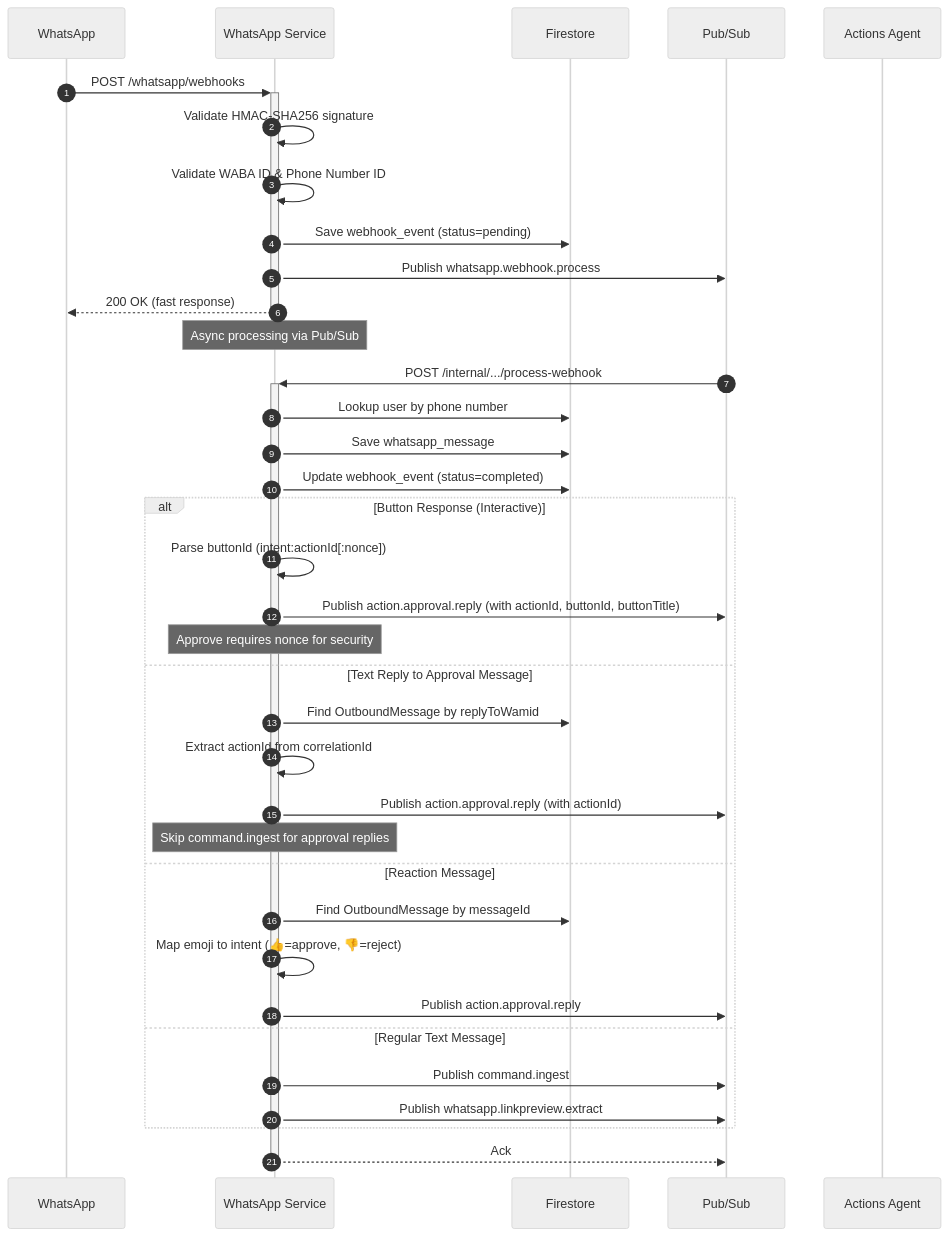
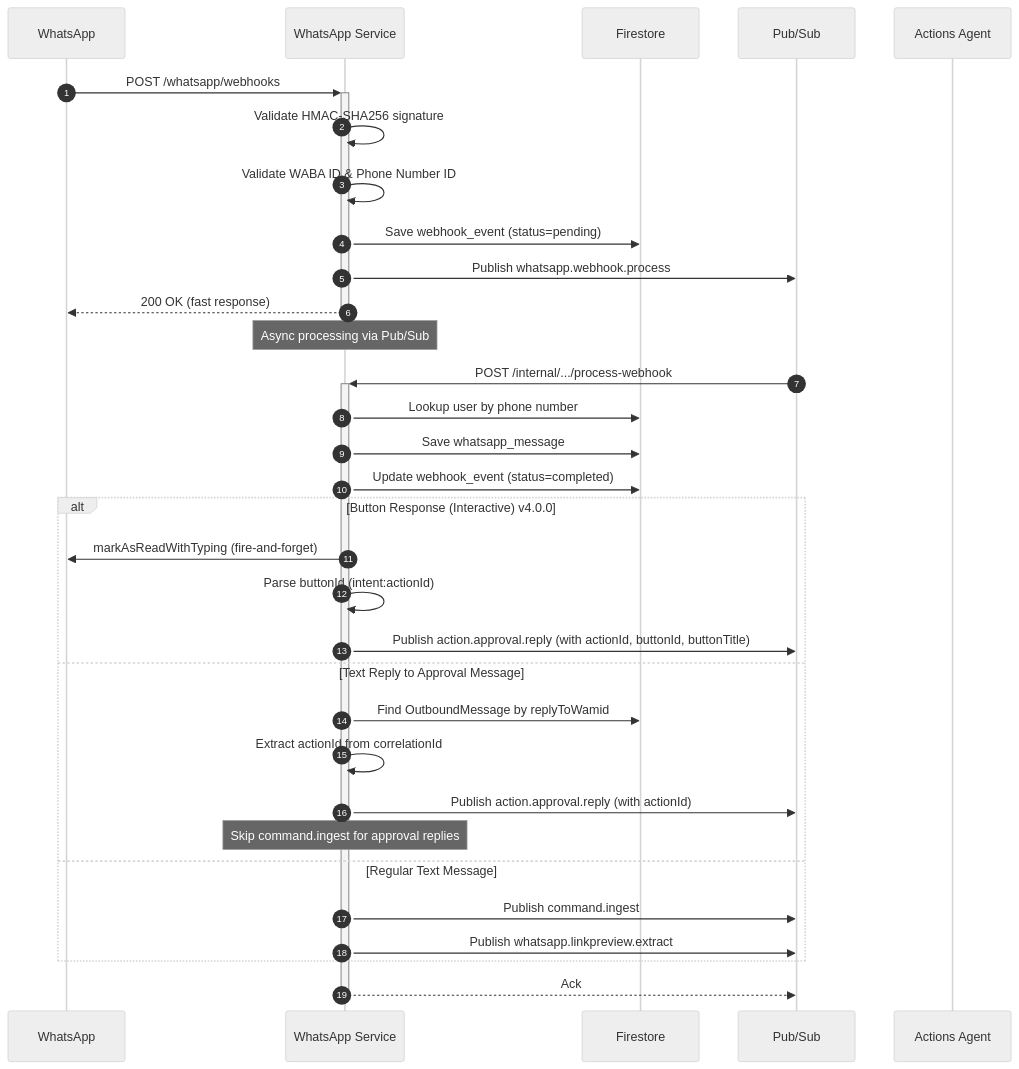
The second of 3 diagrams in docs/services/whatsapp-service/technical.md (pbuchman/intexuraos), drawn with Mermaid (neutral theme) before and after one commit. The commit also changed other lines of this file and 147 other files, not shown here.

````diff
--- a/docs/services/whatsapp-service/technical.md
+++ b/docs/services/whatsapp-service/technical.md
@@ -35,43 +35,39 @@
 ```mermaid
 sequenceDiagram
     autonumber
     participant WA as WhatsApp
     participant WS as WhatsApp Service
     participant FS as Firestore
     participant PS as Pub/Sub
     participant AA as Actions Agent
 
     WA->>+WS: POST /whatsapp/webhooks
     WS->>WS: Validate HMAC-SHA256 signature
     WS->>WS: Validate WABA ID & Phone Number ID
     WS->>FS: Save webhook_event (status=pending)
     WS->>PS: Publish whatsapp.webhook.process
     WS-->>-WA: 200 OK (fast response)
 
     Note over WS: Async processing via Pub/Sub
 
     PS->>+WS: POST /internal/.../process-webhook
     WS->>FS: Lookup user by phone number
     WS->>FS: Save whatsapp_message
     WS->>FS: Update webhook_event (status=completed)
 
-    alt Button Response (Interactive)
-        WS->>WS: Parse buttonId (intent:actionId[:nonce])
+    alt Button Response (Interactive) v4.0.0
+        WS->>WA: markAsReadWithTyping (fire-and-forget)
+        WS->>WS: Parse buttonId (intent:actionId)
         WS->>PS: Publish action.approval.reply (with actionId, buttonId, buttonTitle)
-        Note over WS: Approve requires nonce for security
     else Text Reply to Approval Message
         WS->>FS: Find OutboundMessage by replyToWamid
         WS->>WS: Extract actionId from correlationId
         WS->>PS: Publish action.approval.reply (with actionId)
         Note over WS: Skip command.ingest for approval replies
-    else Reaction Message
-        WS->>FS: Find OutboundMessage by messageId
-        WS->>WS: Map emoji to intent (👍=approve, 👎=reject)
-        WS->>PS: Publish action.approval.reply
     else Regular Text Message
         WS->>PS: Publish command.ingest
         WS->>PS: Publish whatsapp.linkpreview.extract
     end
 
     WS-->>-PS: Ack
 ```
````
